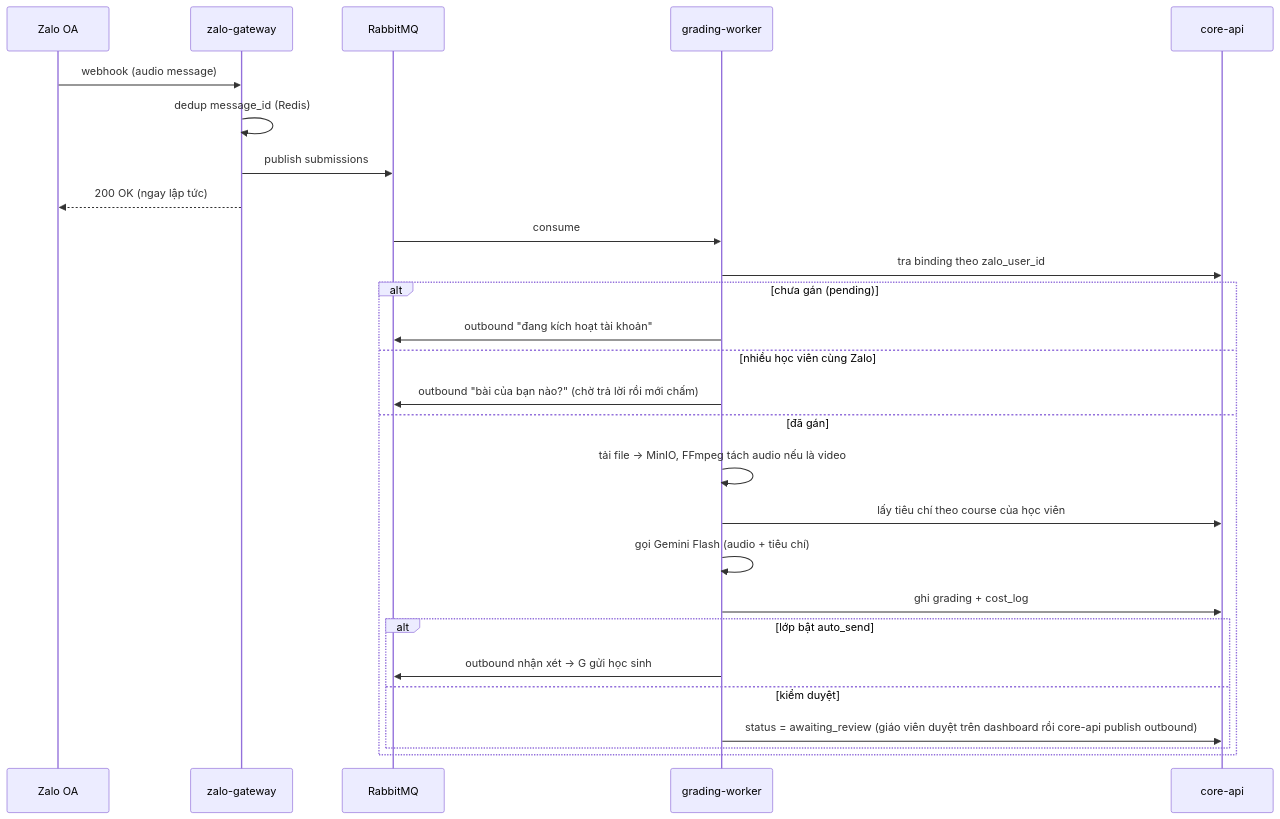
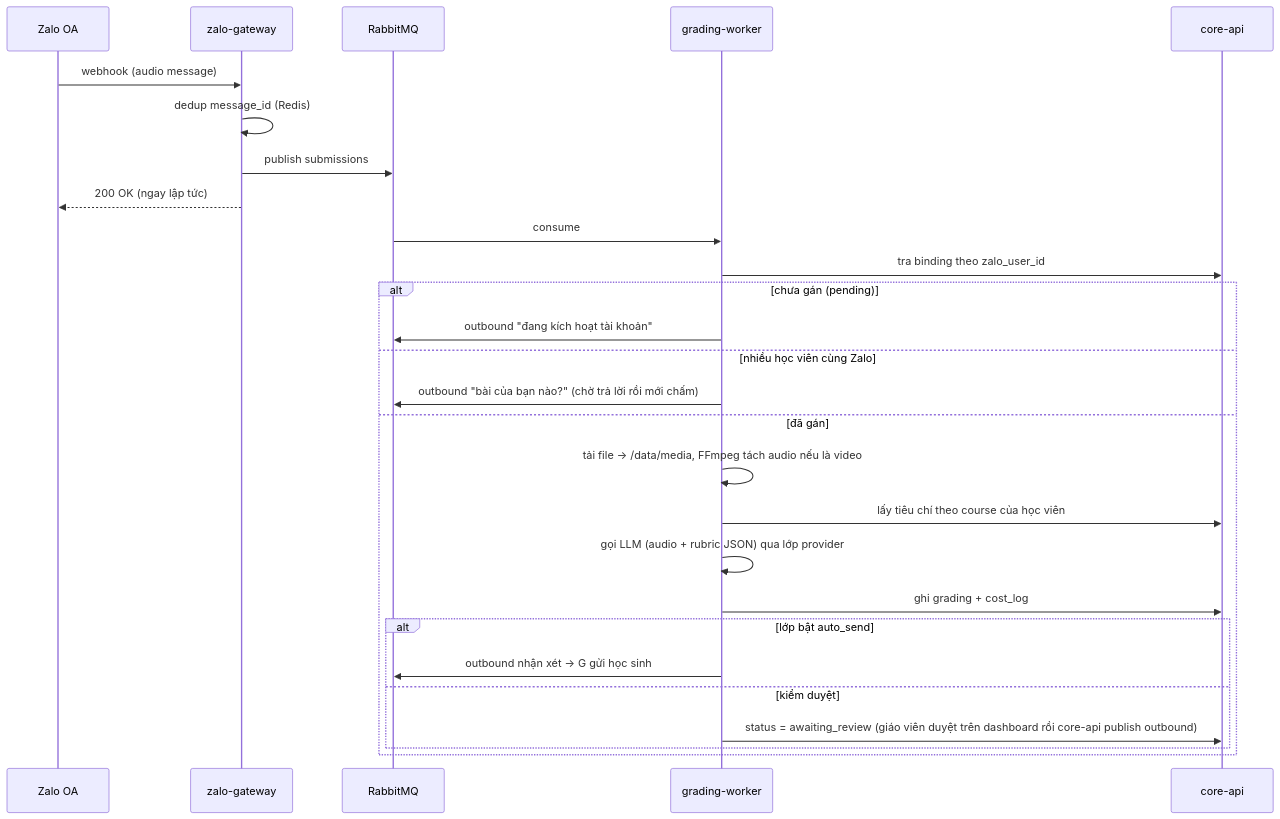
Before and after one commit to XonDeeptry/TTTA: the second of 2 diagrams in Idea/20260719-KienTrucMicroservices.md, drawn with Mermaid. The commit also changed other lines of this file and 29 other files, not shown here.

````diff
--- a/Idea/20260719-KienTrucMicroservices.md
+++ b/Idea/20260719-KienTrucMicroservices.md
@@ -195,29 +232,29 @@
 ```mermaid
 sequenceDiagram
     participant Z as Zalo OA
     participant G as zalo-gateway
     participant Q as RabbitMQ
     participant W as grading-worker
     participant A as core-api
     Z->>G: webhook (audio message)
     G->>G: dedup message_id (Redis)
     G->>Q: publish submissions
     G-->>Z: 200 OK (ngay lập tức)
     Q->>W: consume
     W->>A: tra binding theo zalo_user_id
     alt chưa gán (pending)
         W->>Q: outbound "đang kích hoạt tài khoản"
     else nhiều học viên cùng Zalo
         W->>Q: outbound "bài của bạn nào?" (chờ trả lời rồi mới chấm)
     else đã gán
-        W->>W: tải file → MinIO, FFmpeg tách audio nếu là video
+        W->>W: tải file → /data/media, FFmpeg tách audio nếu là video
         W->>A: lấy tiêu chí theo course của học viên
-        W->>W: gọi Gemini Flash (audio + tiêu chí)
+        W->>W: gọi LLM (audio + rubric JSON) qua lớp provider
         W->>A: ghi grading + cost_log
         alt lớp bật auto_send
             W->>Q: outbound nhận xét → G gửi học sinh
         else kiểm duyệt
             W->>A: status = awaiting_review (giáo viên duyệt trên dashboard rồi core-api publish outbound)
         end
     end
 ```
````
